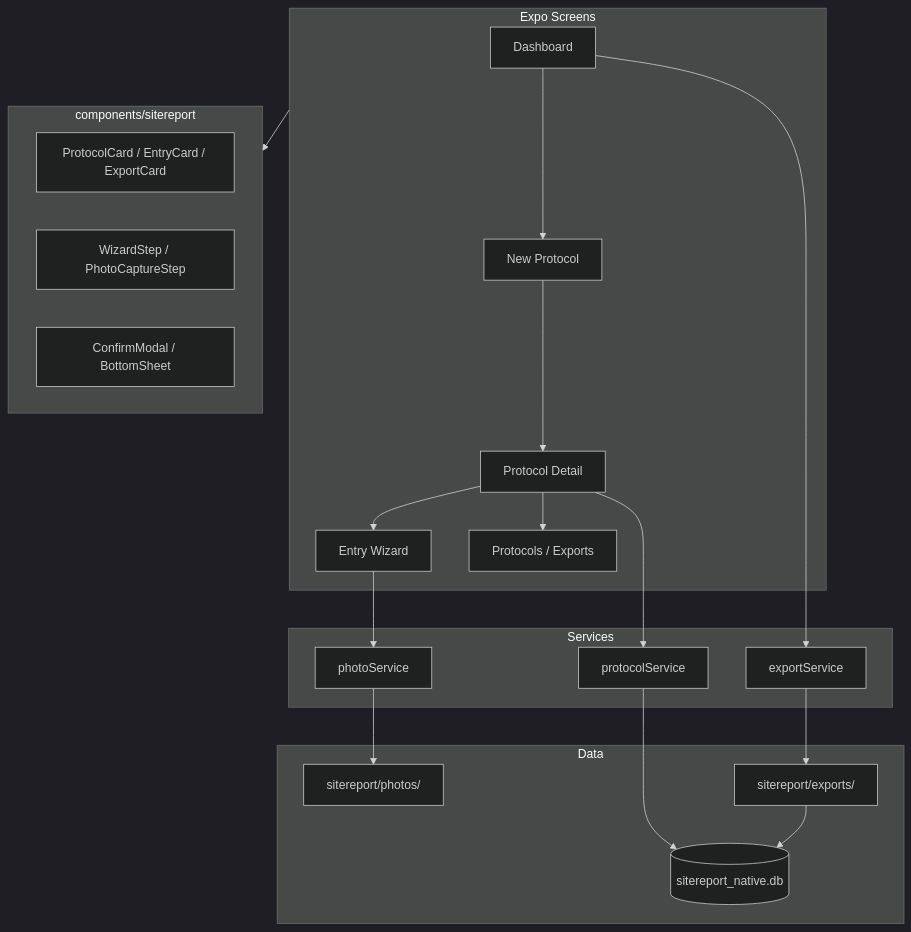
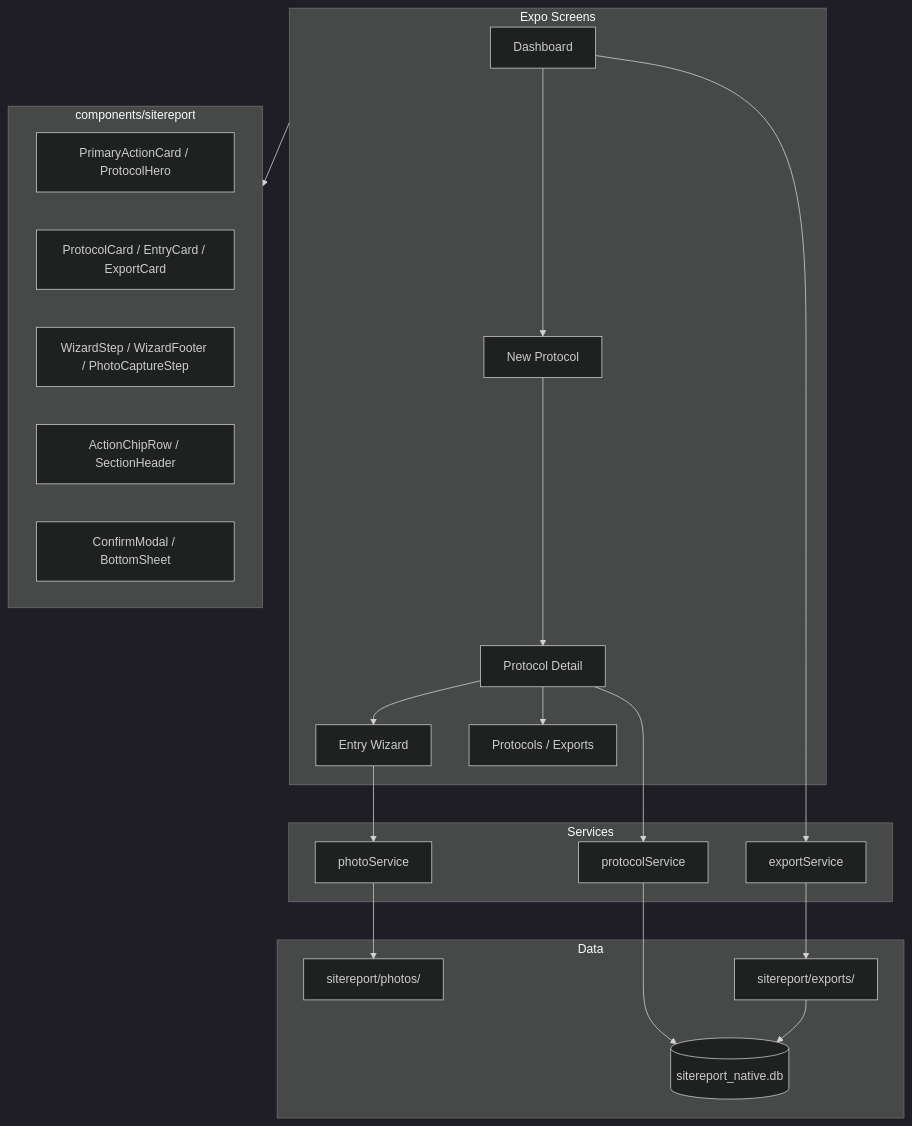
The diagram in SITEREPORT_IST_DOKUMENTATION.md (KCLK08/buew-toolbox), drawn with Mermaid (dark theme) before and after one commit. The commit also changed other lines of this file, not shown here.

````diff
--- a/SITEREPORT_IST_DOKUMENTATION.md
+++ b/SITEREPORT_IST_DOKUMENTATION.md
@@ -617,36 +667,38 @@
 ```mermaid
 flowchart TB
   subgraph UI [Expo Screens]
     Dash[Dashboard]
     New[New Protocol]
     Detail[Protocol Detail]
     Wizard[Entry Wizard]
     Lists[Protocols / Exports]
   end
 
   subgraph Components [components/sitereport]
+    Hero[PrimaryActionCard / ProtocolHero]
     Cards[ProtocolCard / EntryCard / ExportCard]
-    WizardUI[WizardStep / PhotoCaptureStep]
+    WizardUI[WizardStep / WizardFooter / PhotoCaptureStep]
+    Chips[ActionChipRow / SectionHeader]
     Modals[ConfirmModal / BottomSheet]
   end
 
   subgraph Services
     PS[protocolService]
     PhS[photoService]
     ES[exportService]
   end
 
   subgraph Data
     DB[(sitereport_native.db)]
     Photos[sitereport/photos/]
     Exports[sitereport/exports/]
   end
 
   Dash --> New --> Detail --> Wizard
   Detail --> Lists
   UI --> Components
   Wizard --> PhS --> Photos
   Detail --> PS --> DB
   ES --> Exports --> DB
   Dash --> ES
 ```
````
